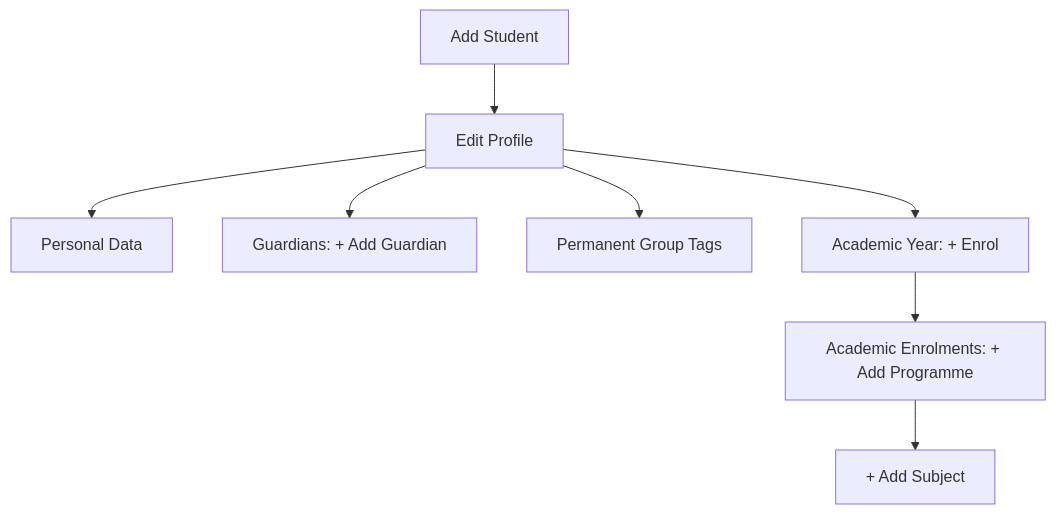
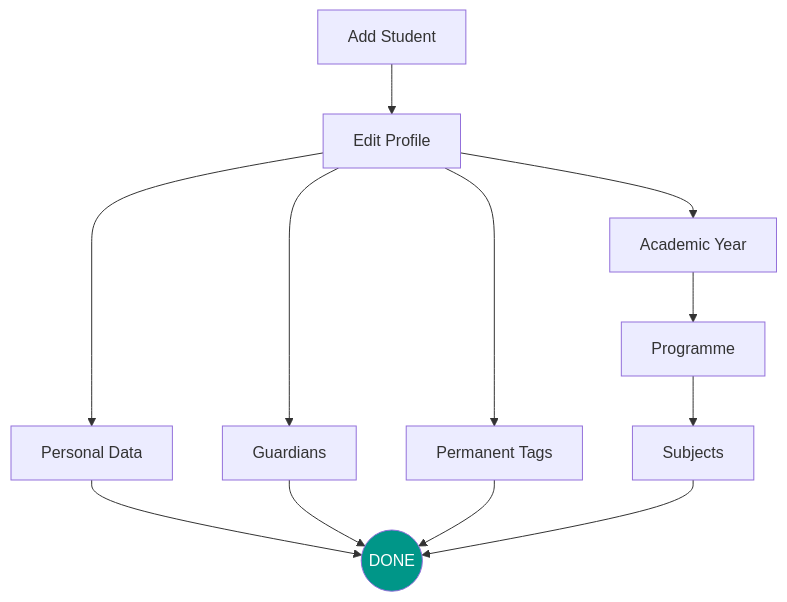
Before and after one commit to pablopenlop/gradewing_guide: the diagram in docs/data-manager/student-setup.md, drawn with Mermaid. The commit also changed other lines of this file, not shown here.

````diff
--- a/docs/data-manager/student-setup.md
+++ b/docs/data-manager/student-setup.md
@@ -5,10 +5,12 @@
 ```mermaid
 graph TD
     A[Add Student] --> B[Edit Profile]
     B --> C[Personal Data]
-    B --> D[Guardians: + Add Guardian]
-    B --> E[Permanent Group Tags]
-    B --> F[Academic Year: + Enrol]
-    F --> G[Academic Enrolments: + Add Programme]
-    G --> H[+ Add Subject]
+    B --> D[Guardians]
+    B --> E[Permanent Tags]
+    B --> F[Academic Year]
+    F --> G[Programme]
+    G --> H[Subjects]
+    C & D & E & H --> Z((DONE))
+    style Z fill:#009688,color:#fff
 ```
````
